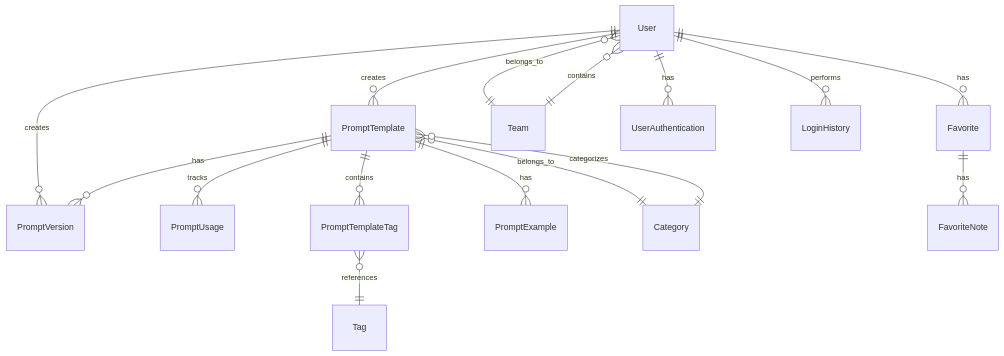
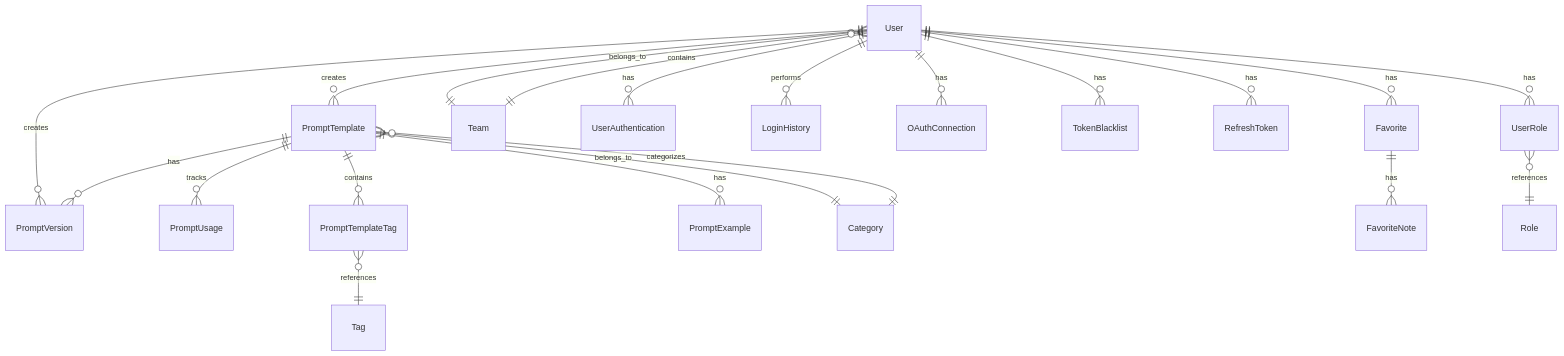
The diagram in req/model.md (gonghojin/prompt-center), drawn with Mermaid before and after one commit. The commit also changed other lines of this file and 87 other files, not shown here.

````diff
--- a/req/model.md
+++ b/req/model.md
@@ -7,18 +7,23 @@
 ```mermaid
 erDiagram
     User ||--o{ PromptTemplate : creates
     User ||--o{ Favorite : has
     User }o--|| Team : belongs_to
     User ||--o{ UserAuthentication : has
     User ||--o{ LoginHistory : performs
     User ||--o{ PromptVersion : creates
     PromptTemplate ||--o{ PromptVersion : has
     PromptTemplate ||--o{ PromptUsage : tracks
     PromptTemplate ||--o{ PromptTemplateTag : contains
     PromptTemplate ||--o{ PromptExample : has
     PromptTemplateTag }o--|| Tag : references
     PromptTemplate }o--|| Category : belongs_to
     Team ||--o{ User : contains
     Category ||--o{ PromptTemplate : categorizes
     Favorite ||--o{ FavoriteNote : has
+    User ||--o{ OAuthConnection : has
+    User ||--o{ TokenBlacklist : has
+    User ||--o{ RefreshToken : has
+    User ||--o{ UserRole : has
+    UserRole }o--|| Role : references
 ```
````
